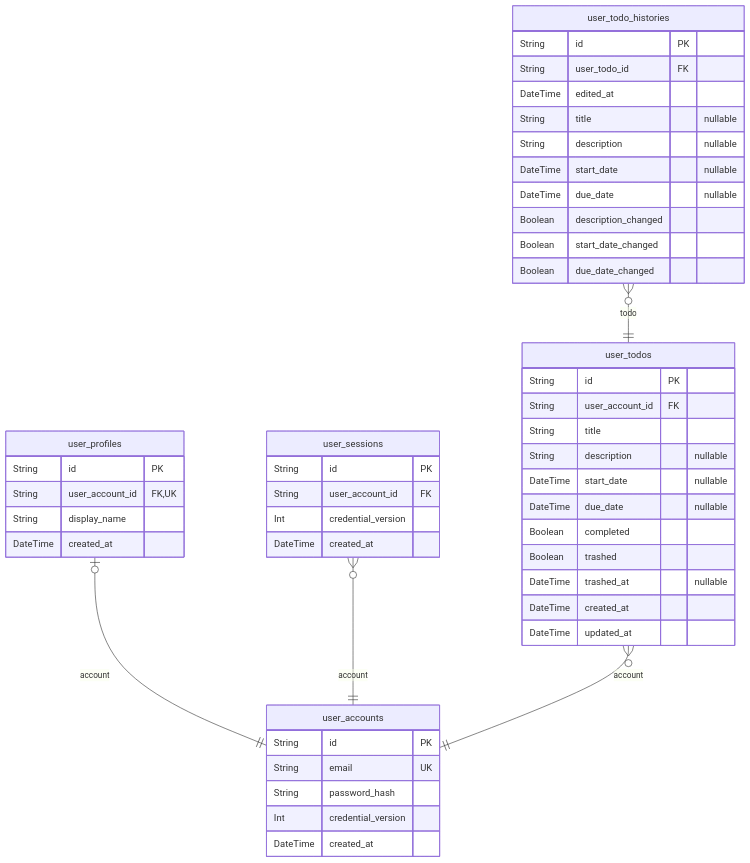
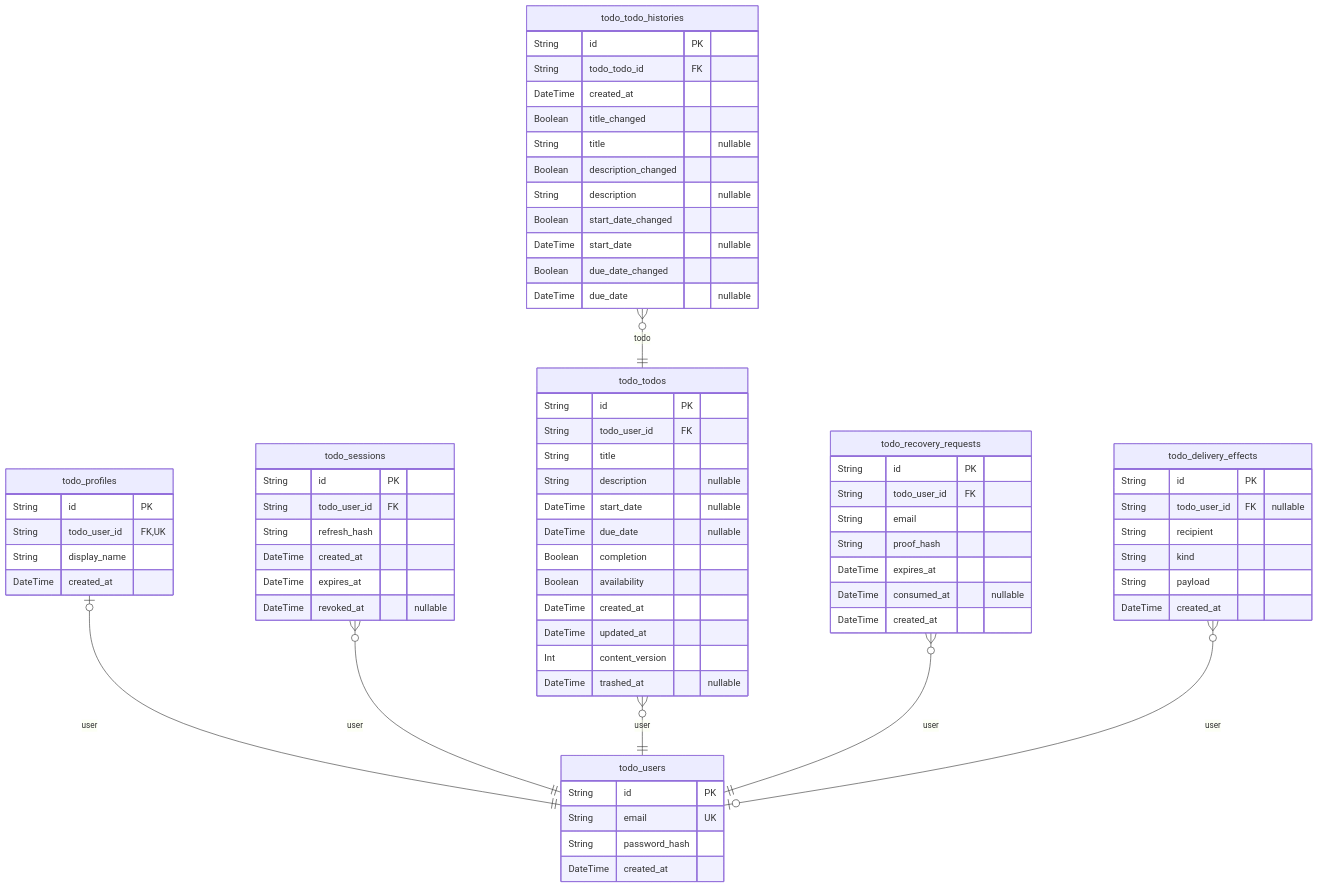
One commit to samchon/evidence-benchmark-results changed the diagram in codex/gpt-5.6-luna/todo/plain/docs/ERD.md. Above: the diagram before and after it, drawn with Mermaid. The commit also changed other lines of this file and 6497 other files, not shown here.

````diff
--- a/codex/gpt-5.6-luna/todo/plain/docs/ERD.md
+++ b/codex/gpt-5.6-luna/todo/plain/docs/ERD.md
@@ -9,51 +9,73 @@
 ```mermaid
 erDiagram
-"user_accounts" {
+"todo_users" {
   String id PK
   String email UK
   String password_hash
-  Int credential_version
   DateTime created_at
 }
-"user_profiles" {
+"todo_profiles" {
   String id PK
-  String user_account_id FK,UK
+  String todo_user_id FK,UK
   String display_name
   DateTime created_at
 }
-"user_sessions" {
+"todo_sessions" {
   String id PK
-  String user_account_id FK
-  Int credential_version
+  String todo_user_id FK
+  String refresh_hash
   DateTime created_at
+  DateTime expires_at
+  DateTime revoked_at "nullable"
 }
-"user_todos" {
+"todo_todos" {
   String id PK
-  String user_account_id FK
+  String todo_user_id FK
   String title
   String description "nullable"
   DateTime start_date "nullable"
   DateTime due_date "nullable"
-  Boolean completed
-  Boolean trashed
-  DateTime trashed_at "nullable"
+  Boolean completion
+  Boolean availability
   DateTime created_at
   DateTime updated_at
+  Int content_version
+  DateTime trashed_at "nullable"
 }
-"user_todo_histories" {
+"todo_todo_histories" {
   String id PK
-  String user_todo_id FK
-  DateTime edited_at
+  String todo_todo_id FK
+  DateTime created_at
+  Boolean title_changed
   String title "nullable"
+  Boolean description_changed
   String description "nullable"
+  Boolean start_date_changed
   DateTime start_date "nullable"
+  Boolean due_date_changed
   DateTime due_date "nullable"
-  Boolean description_changed
-  Boolean start_date_changed
-  Boolean due_date_changed
 }
-"user_profiles" |o--|| "user_accounts" : account
-"user_sessions" }o--|| "user_accounts" : account
-"user_todos" }o--|| "user_accounts" : account
-"user_todo_histories" }o--|| "user_todos" : todo
+"todo_recovery_requests" {
+  String id PK
+  String todo_user_id FK
+  String email
+  String proof_hash
+  DateTime expires_at
+  DateTime consumed_at "nullable"
+  DateTime created_at
+}
+"todo_delivery_effects" {
+  String id PK
+  String todo_user_id FK "nullable"
+  String recipient
+  String kind
+  String payload
+  DateTime created_at
+}
+"todo_profiles" |o--|| "todo_users" : user
+"todo_sessions" }o--|| "todo_users" : user
+"todo_todos" }o--|| "todo_users" : user
+"todo_todo_histories" }o--|| "todo_todos" : todo
+"todo_recovery_requests" }o--|| "todo_users" : user
+"todo_delivery_effects" }o--o| "todo_users" : user
 ```
````
